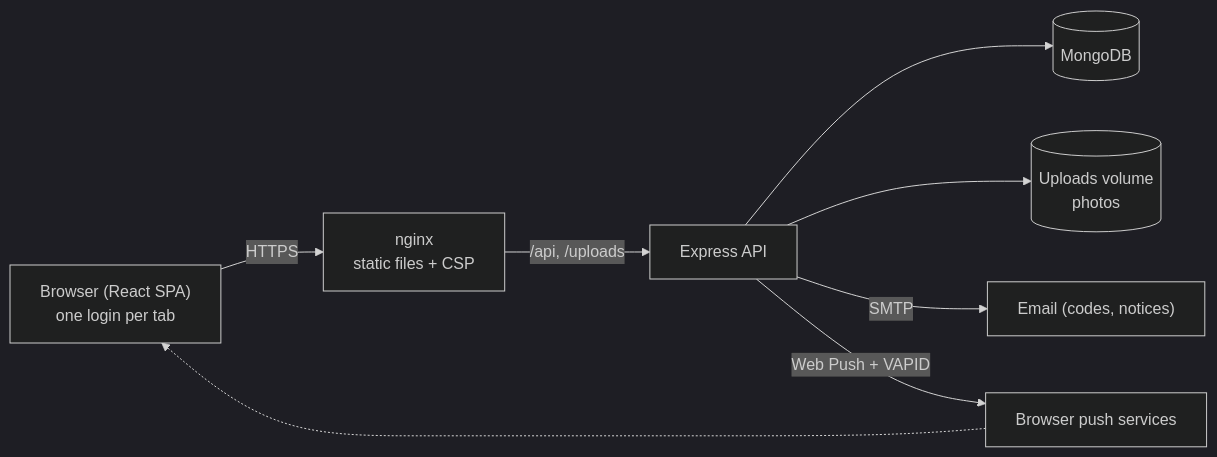
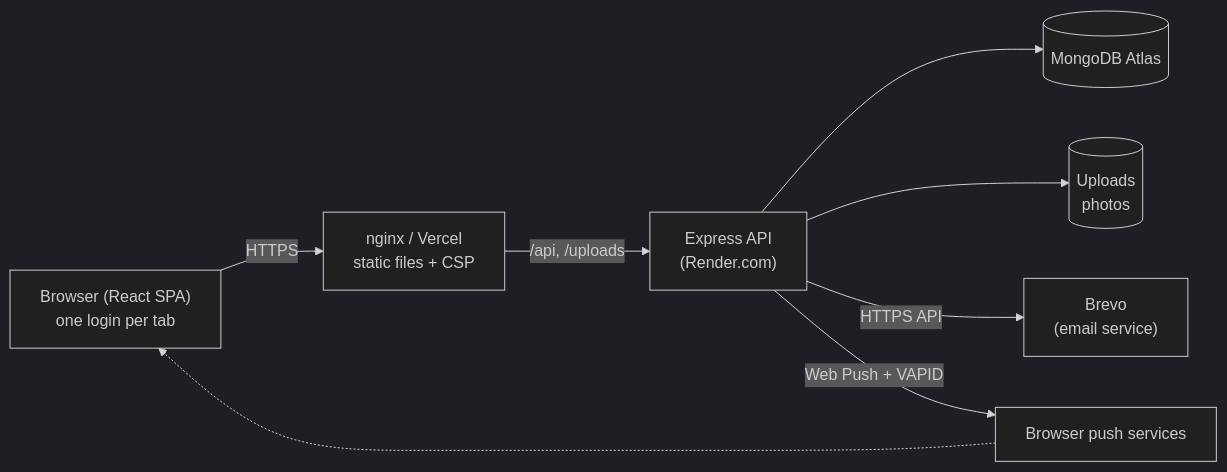
Before and after one commit to abhishekn4352/Campus-Lost-and-Found: the third of 3 diagrams in README.md, drawn with Mermaid (dark theme). The commit also changed other lines of this file and 4 other files, not shown here.

````diff
--- a/README.md
+++ b/README.md
@@ -78,10 +143,10 @@
 ```mermaid
 flowchart LR
-  B["Browser (React SPA)<br/>one login per tab"] -->|HTTPS| N["nginx<br/>static files + CSP"]
-  N -->|/api, /uploads| A["Express API"]
-  A --> M[("MongoDB")]
-  A --> U[("Uploads volume<br/>photos")]
-  A -->|SMTP| E["Email (codes, notices)"]
+  B["Browser (React SPA)<br/>one login per tab"] -->|HTTPS| N["nginx / Vercel<br/>static files + CSP"]
+  N -->|/api, /uploads| A["Express API<br/>(Render.com)"]
+  A --> M[("MongoDB Atlas")]
+  A --> U[("Uploads<br/>photos")]
+  A -->|HTTPS API| E["Brevo<br/>(email service)"]
   A -->|Web Push + VAPID| P["Browser push services"]
   P -.-> B
 ```
````
